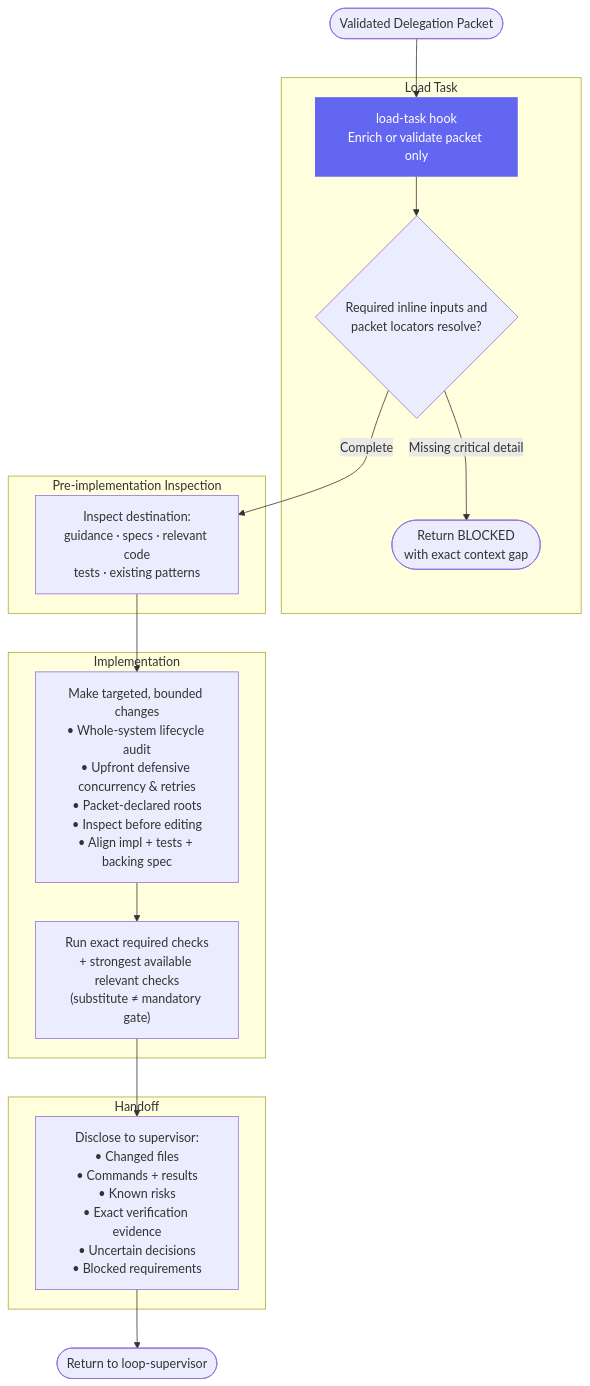
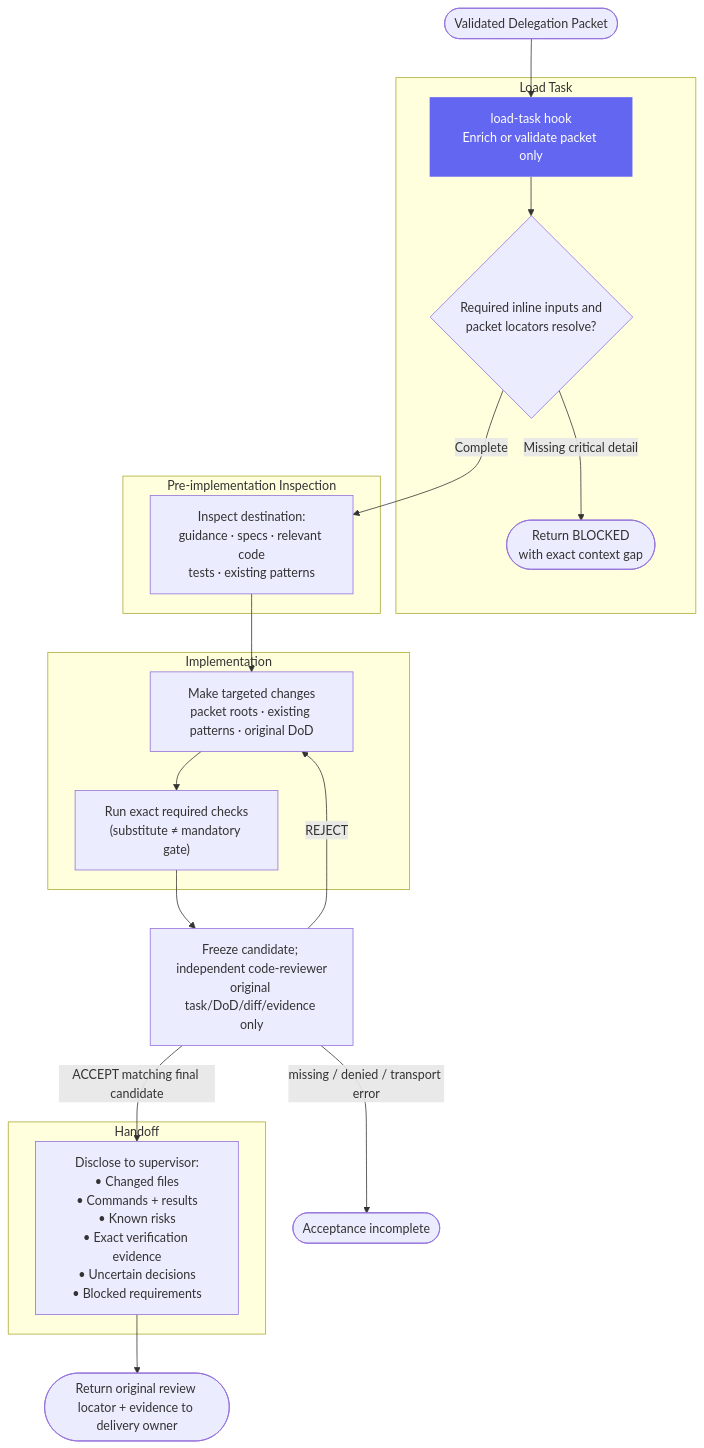
Before and after one commit to ericmaster/agent-fabric: the diagram in docs/architecture/implementor.md, drawn with Mermaid. The commit also changed other lines of this file and 25 other files, not shown here.

````diff
--- a/docs/architecture/implementor.md
+++ b/docs/architecture/implementor.md
@@ -13,35 +14,39 @@
 ```mermaid
 flowchart TD
     START([Validated Delegation Packet]) --> LT
 
     subgraph "Load Task"
         LT["load-task hook\nEnrich or validate packet only"]
         CHECK{"Required inline inputs and\npacket locators resolve?"}
         GAP([Return BLOCKED\nwith exact context gap])
     end
 
     LT --> CHECK
     CHECK -- "Missing critical detail" --> GAP
     CHECK -- Complete --> INSPECT
 
     subgraph "Pre-implementation Inspection"
         INSPECT["Inspect destination:\nguidance · specs · relevant code\ntests · existing patterns"]
     end
 
     INSPECT --> IMPLEMENT
 
     subgraph "Implementation"
-        IMPLEMENT["Make targeted, bounded changes\n• Whole-system lifecycle audit\n• Upfront defensive concurrency & retries\n• Packet-declared roots\n• Inspect before editing\n• Align impl + tests + backing spec"]
-        VERIFY["Run exact required checks\n+ strongest available relevant checks\n(substitute ≠ mandatory gate)"]
+        IMPLEMENT["Make targeted changes\npacket roots · existing patterns · original DoD"]
+        VERIFY["Run exact required checks\n(substitute ≠ mandatory gate)"]
     end
 
     IMPLEMENT --> VERIFY
 
     subgraph "Handoff"
         DISCLOSE["Disclose to supervisor:\n• Changed files\n• Commands + results\n• Known risks\n• Exact verification evidence\n• Uncertain decisions\n• Blocked requirements"]
     end
 
-    VERIFY --> DISCLOSE --> DONE([Return to loop-supervisor])
+    VERIFY --> REVIEW["Freeze candidate; independent code-reviewer\noriginal task/DoD/diff/evidence only"]
+    REVIEW -->|REJECT| IMPLEMENT
+    REVIEW -->|ACCEPT matching final candidate| DISCLOSE
+    REVIEW -->|missing / denied / transport error| INCOMPLETE([Acceptance incomplete])
+    DISCLOSE --> DONE([Return original review locator + evidence to delivery owner])
 
     style LT fill:#6366f1,color:#fff,stroke:none
 ```
````
